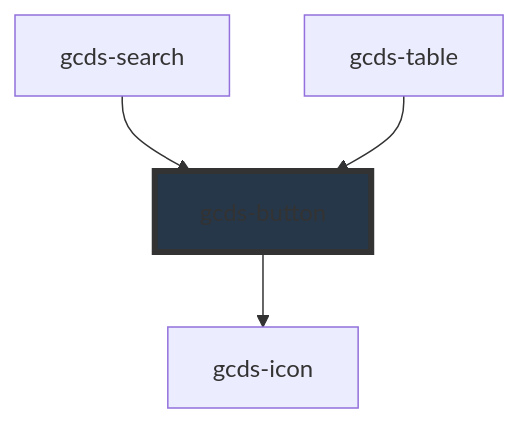
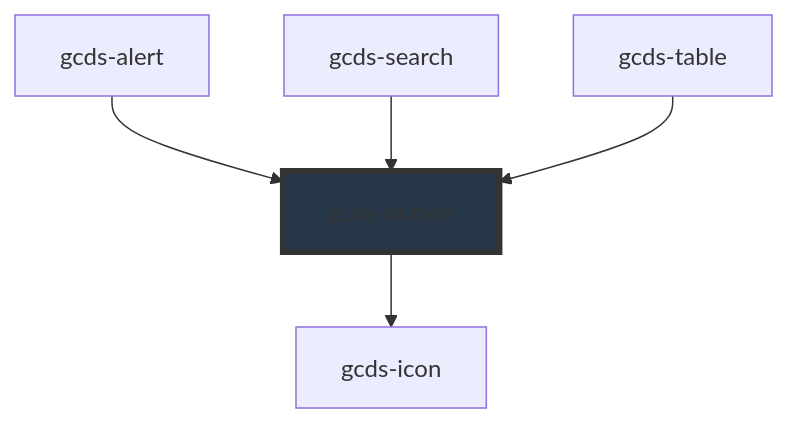
One commit to cds-snc/gcds-components changed the diagram in packages/web/src/components/gcds-button/readme.md. Above: the diagram before and after it, drawn with Mermaid. The commit also changed other lines of this file and 21 other files, not shown here.

Commit message:
style(gcds-alert): update alert component styling (#1373)

````diff
--- a/packages/web/src/components/gcds-button/readme.md
+++ b/packages/web/src/components/gcds-button/readme.md
@@ -55,7 +56,8 @@
 ```mermaid
 graph TD;
   gcds-button --> gcds-icon
+  gcds-alert --> gcds-button
   gcds-search --> gcds-button
   gcds-table --> gcds-button
   style gcds-button fill:#26374a,stroke:#333,stroke-width:4px
 ```
````
